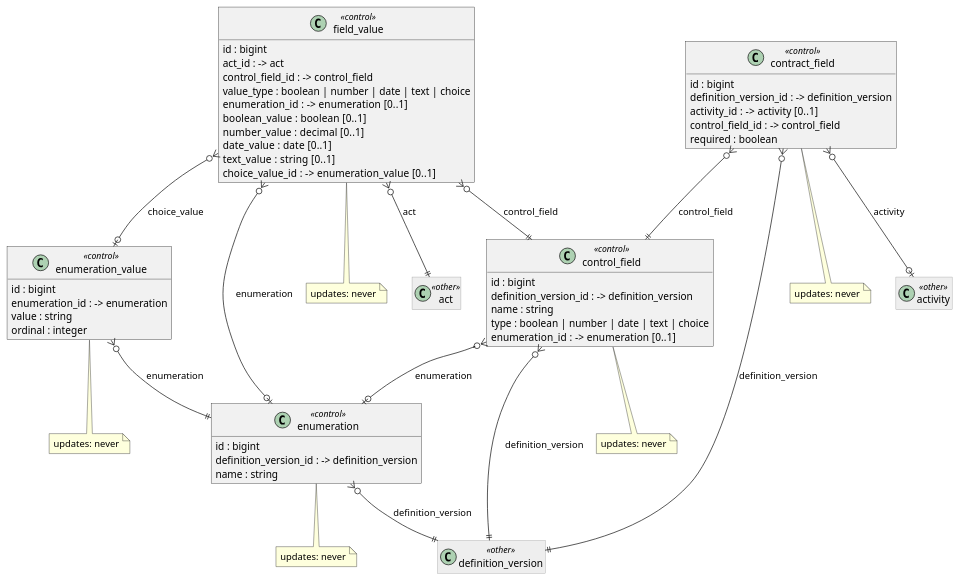
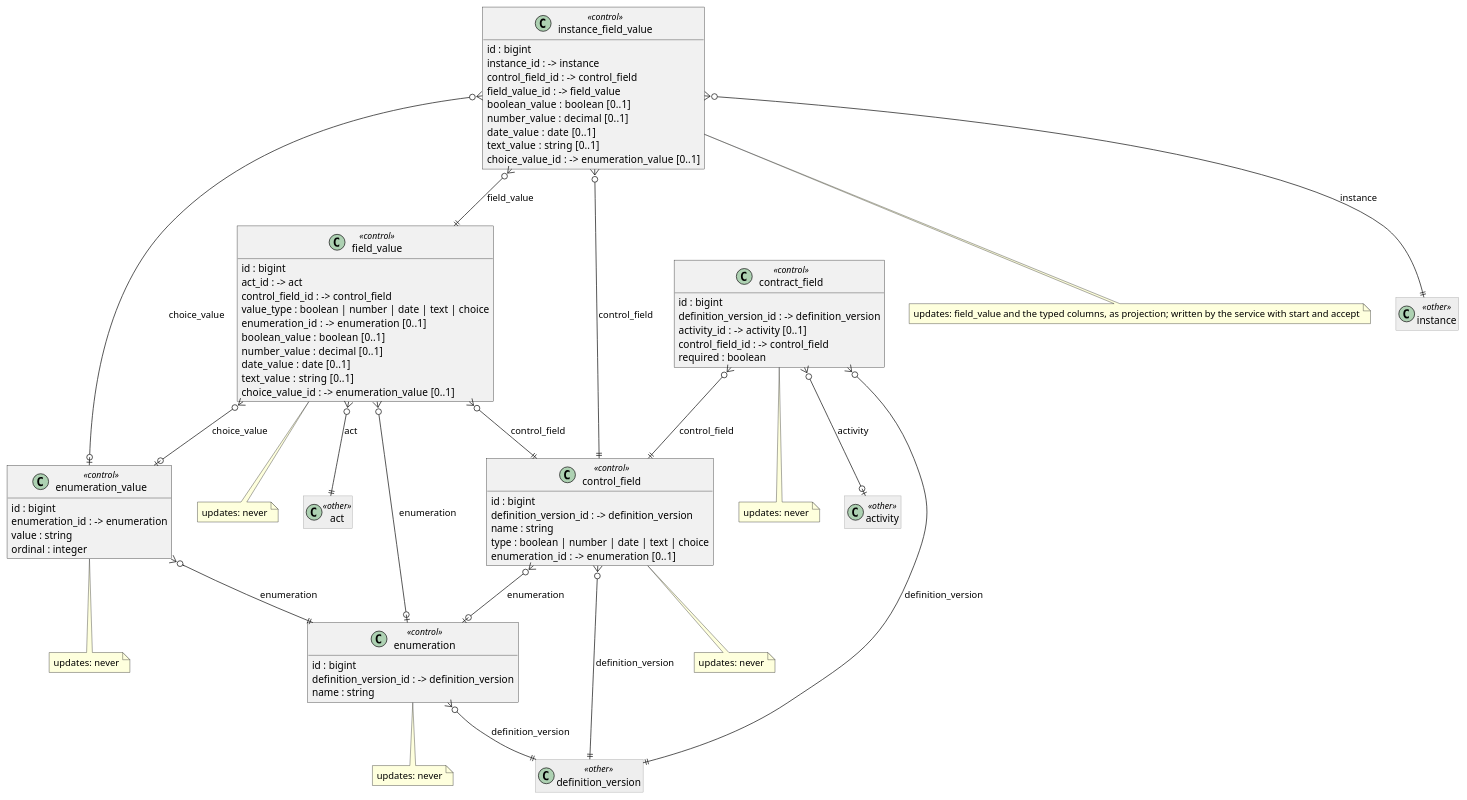
One commit to Kumbuka-ai/kumbuka-dispatch changed the diagram in docs/data-model/diagrams/08-control-fields.puml. Above: the diagram before and after it, drawn with PlantUML. The commit also changed 30 other files, not shown here.

```diff
--- a/docs/data-model/diagrams/08-control-fields.puml
+++ b/docs/data-model/diagrams/08-control-fields.puml
@@ -1,70 +1,87 @@
 @startuml 08-control-fields
 ' 08-control-fields (docs/data-model/groups/08-control-fields.md), generated from model/control.linkml.yaml.
 ' Every table carries tenant_id and scope_id and a unique key (tenant_id, scope_id, id); every foreign
 ' key runs over tenant, scope and id (ADR-0042). Left out below. Tables of other groups are drawn grey.
 skinparam shadowing false
 skinparam roundcorner 0
 skinparam classAttributeIconSize 0
 hide methods
 hide empty members
 skinparam class<<other>> {
   BackgroundColor #EEEEEE
   BorderColor #999999
 }
 class enumeration <<control>> {
   id : bigint
   definition_version_id : -> definition_version
   name : string
 }
 note bottom of enumeration : updates: never
 class enumeration_value <<control>> {
   id : bigint
   enumeration_id : -> enumeration
   value : string
   ordinal : integer
 }
 note bottom of enumeration_value : updates: never
 class control_field <<control>> {
   id : bigint
   definition_version_id : -> definition_version
   name : string
   type : boolean | number | date | text | choice
   enumeration_id : -> enumeration  [0..1]
 }
 note bottom of control_field : updates: never
 class contract_field <<control>> {
   id : bigint
   definition_version_id : -> definition_version
   activity_id : -> activity  [0..1]
   control_field_id : -> control_field
   required : boolean
 }
 note bottom of contract_field : updates: never
 class field_value <<control>> {
   id : bigint
   act_id : -> act
   control_field_id : -> control_field
   value_type : boolean | number | date | text | choice
   enumeration_id : -> enumeration  [0..1]
   boolean_value : boolean  [0..1]
   number_value : decimal  [0..1]
   date_value : date  [0..1]
   text_value : string  [0..1]
   choice_value_id : -> enumeration_value  [0..1]
 }
 note bottom of field_value : updates: never
+class instance_field_value <<control>> {
+  id : bigint
+  instance_id : -> instance
+  control_field_id : -> control_field
+  field_value_id : -> field_value
+  boolean_value : boolean  [0..1]
+  number_value : decimal  [0..1]
+  date_value : date  [0..1]
+  text_value : string  [0..1]
+  choice_value_id : -> enumeration_value  [0..1]
+}
+note bottom of instance_field_value : updates: field_value and the typed columns, as projection; written by the service with start and accept
 class act <<other>>
 class activity <<other>>
 class definition_version <<other>>
+class instance <<other>>
 enumeration }o--|| definition_version : definition_version
 enumeration_value }o--|| enumeration : enumeration
 control_field }o--|| definition_version : definition_version
 control_field }o--o| enumeration : enumeration
 contract_field }o--|| definition_version : definition_version
 contract_field }o--o| activity : activity
 contract_field }o--|| control_field : control_field
 field_value }o--|| act : act
 field_value }o--|| control_field : control_field
 field_value }o--o| enumeration : enumeration
 field_value }o--o| enumeration_value : choice_value
+instance_field_value }o--|| instance : instance
+instance_field_value }o--|| control_field : control_field
+instance_field_value }o--|| field_value : field_value
+instance_field_value }o--o| enumeration_value : choice_value
 @enduml
```
